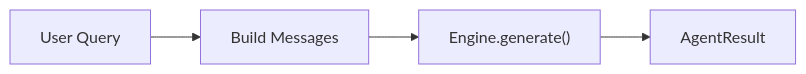
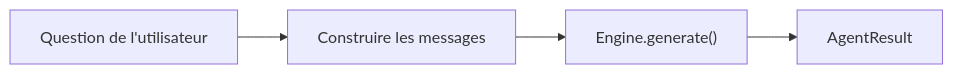
The first of 6 diagrams in docs/architecture/agents.md (carlitoetienne01-spec/Diapason), drawn with Mermaid before and after one commit. The commit also changed other lines of this file and 257 other files, not shown here.

````diff
--- a/docs/architecture/agents.md
+++ b/docs/architecture/agents.md
@@ -140,6 +140,6 @@
 ```mermaid
 graph LR
-    Q["User Query"] --> M["Build Messages"]
+    Q["Question de l'utilisateur"] --> M["Construire les messages"]
     M --> E["Engine.generate()"]
     E --> R["AgentResult"]
 ```
````
